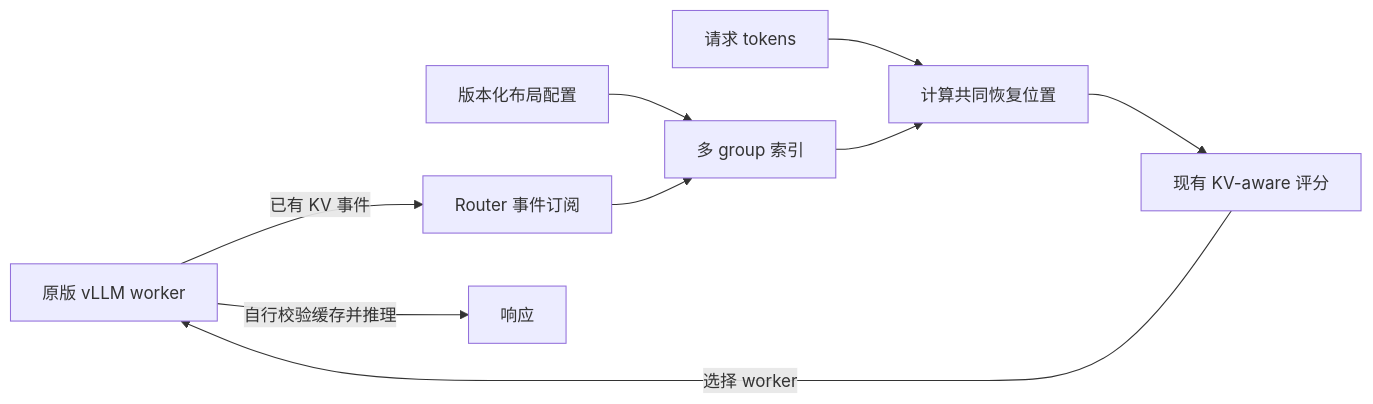
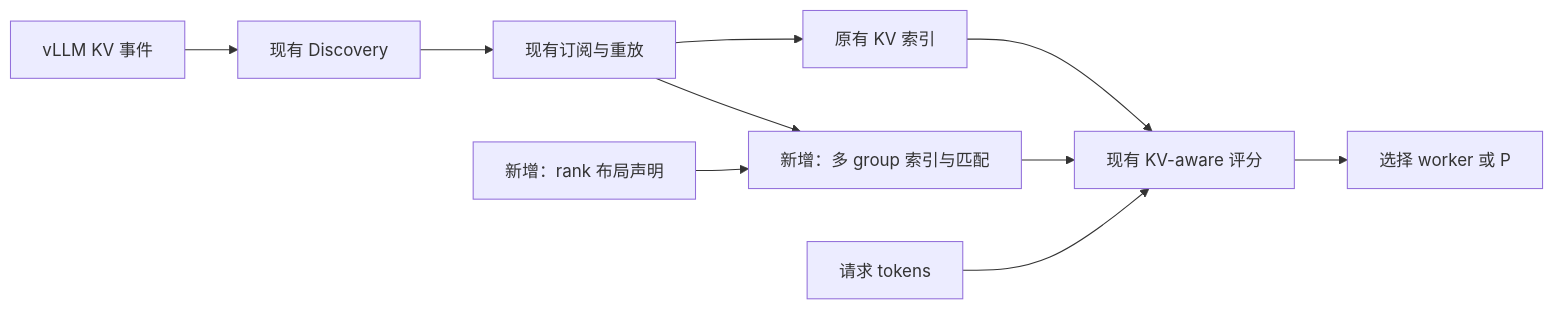
The first of 6 diagrams in docs/load_balancing/hybrid-kv-aware-rfc.zh.md (vllm-project/router), drawn with Mermaid before and after one commit. The commit also changed other lines of this file and 1 other file, not shown here.

````diff
--- a/docs/load_balancing/hybrid-kv-aware-rfc.zh.md
+++ b/docs/load_balancing/hybrid-kv-aware-rfc.zh.md
@@ -9,11 +13,12 @@
 ```mermaid
 flowchart LR
-    W["原版 vLLM worker"] -->|"已有 KV 事件"| S["Router 事件订阅"]
-    C["版本化布局配置"] --> I["多 group 索引"]
-    S --> I
-    Q["请求 tokens"] --> M["计算共同恢复位置"]
-    I --> M
-    M --> P["现有 KV-aware 评分"]
-    P -->|"选择 worker"| W
-    W -->|"自行校验缓存并推理"| O["响应"]
+    E["vLLM KV 事件"] --> D["现有 Discovery"]
+    D --> S["现有订阅与重放"]
+    S --> I["原有 KV 索引"]
+    L["新增：rank 布局声明"] --> H["新增：多 group 索引与匹配"]
+    S --> H
+    I --> P["现有 KV-aware 评分"]
+    H --> P
+    Q["请求 tokens"] --> P
+    P --> W["选择 worker 或 P"]
 ```
````
